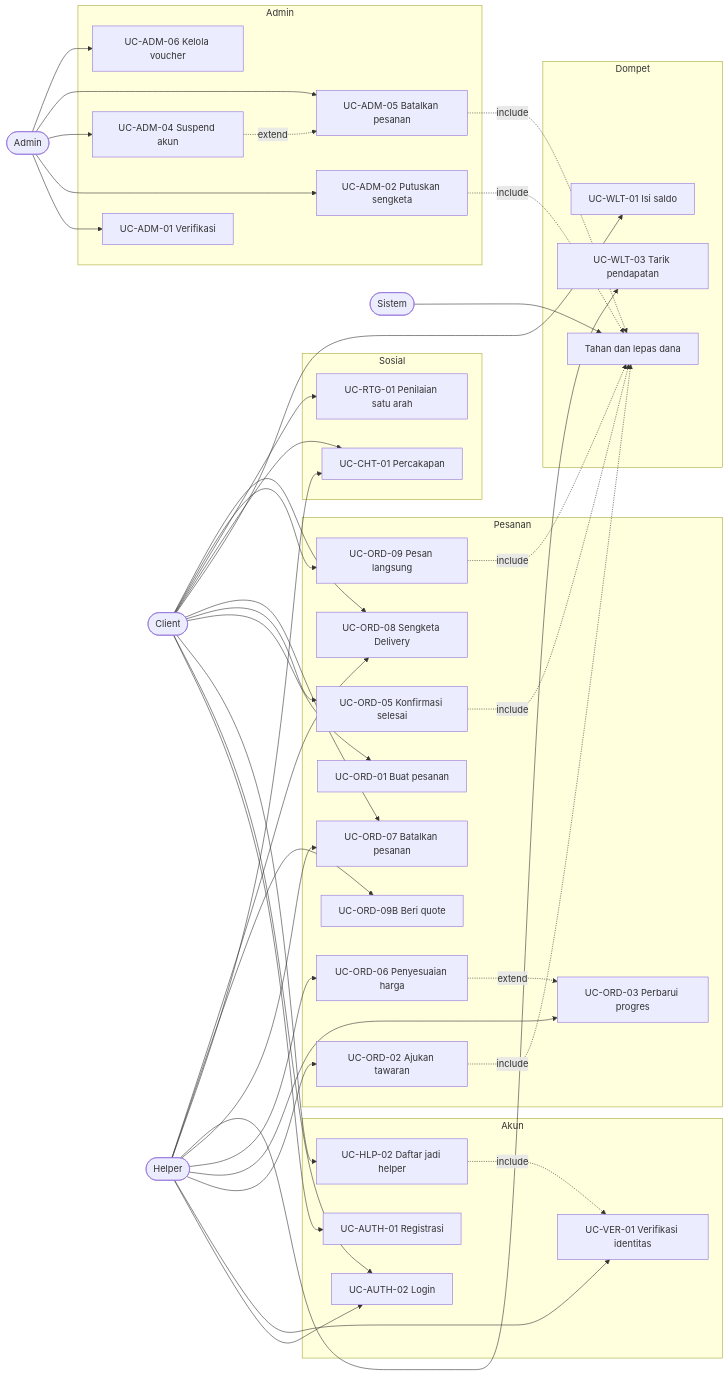
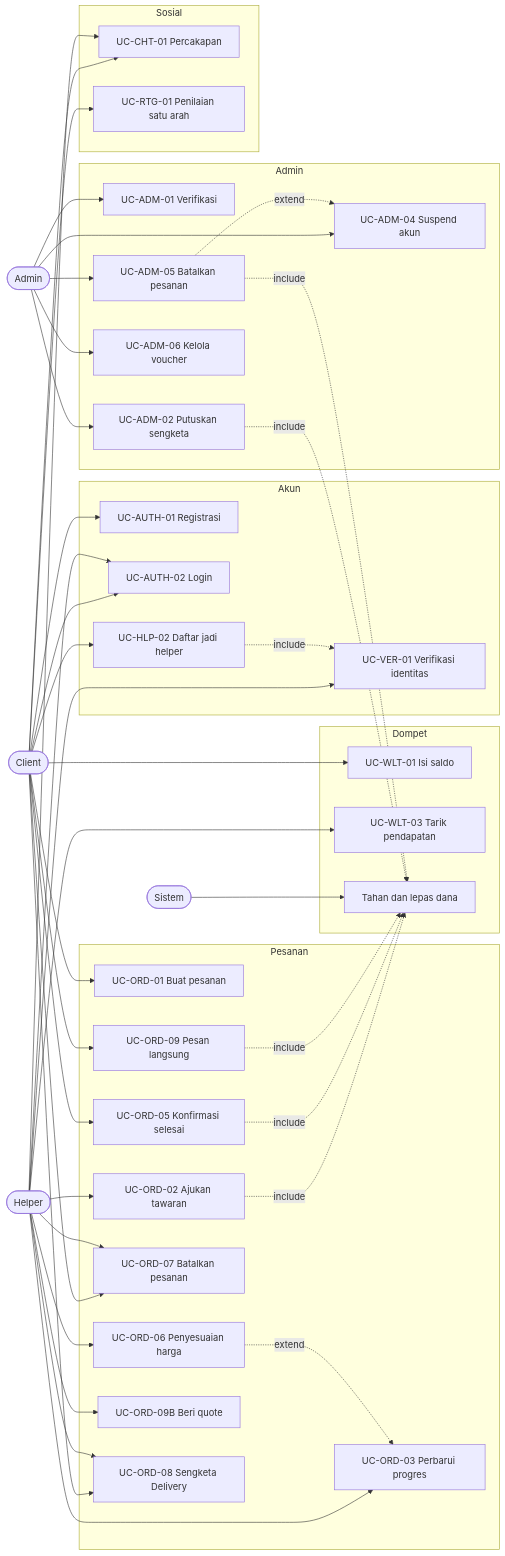
One commit to Davi-ARD/tolongindong-docs changed the diagram in 03_use-case-inventory.md. Above: the diagram before and after it, drawn with Mermaid. The commit also changed other lines of this file and 14 other files, not shown here.

Commit message:
docs: tambah draf use case dan activity diagram (13), koreksi arah extend admin di 03

````diff
--- a/03_use-case-inventory.md
+++ b/03_use-case-inventory.md
@@ -52,58 +52,58 @@
 ```mermaid
 flowchart LR
     C(["Client"])
     H(["Helper"])
     S(["Sistem"])
     A(["Admin"])
 
     subgraph Akun
         UC1["UC-AUTH-01 Registrasi"]
         UC2["UC-AUTH-02 Login"]
         UC3["UC-HLP-02 Daftar jadi helper"]
         UC4["UC-VER-01 Verifikasi identitas"]
     end
 
     subgraph Pesanan
         UC5["UC-ORD-01 Buat pesanan"]
         UC6["UC-ORD-02 Ajukan tawaran"]
         UC7["UC-ORD-03 Perbarui progres"]
         UC8["UC-ORD-05 Konfirmasi selesai"]
         UC9["UC-ORD-06 Penyesuaian harga"]
         UC10["UC-ORD-07 Batalkan pesanan"]
         UC16["UC-ORD-09 Pesan langsung"]
         UC17["UC-ORD-09B Beri quote"]
         UC18["UC-ORD-08 Sengketa Delivery"]
     end
 
     subgraph Admin
         UC19["UC-ADM-01 Verifikasi"]
         UC20["UC-ADM-02 Putuskan sengketa"]
         UC21["UC-ADM-04 Suspend akun"]
         UC22["UC-ADM-05 Batalkan pesanan"]
         UC23["UC-ADM-06 Kelola voucher"]
     end
 
     subgraph Dompet
         UC11["UC-WLT-01 Isi saldo"]
         UC12["UC-WLT-03 Tarik pendapatan"]
         UC13["Tahan dan lepas dana"]
     end
 
     subgraph Sosial
         UC14["UC-CHT-01 Percakapan"]
         UC15["UC-RTG-01 Penilaian satu arah"]
     end
 
     C --> UC1 & UC2 & UC3 & UC5 & UC8 & UC10 & UC11 & UC14 & UC15 & UC16 & UC18
     H --> UC2 & UC4 & UC6 & UC7 & UC9 & UC10 & UC12 & UC14 & UC17 & UC18
     S --> UC13
     A --> UC19 & UC20 & UC21 & UC22 & UC23
     UC3 -.include.-> UC4
     UC6 -.include.-> UC13
     UC8 -.include.-> UC13
     UC9 -.extend.-> UC7
     UC16 -.include.-> UC13
     UC20 -.include.-> UC13
     UC22 -.include.-> UC13
-    UC21 -.extend.-> UC22
+    UC22 -.extend.-> UC21
 ```
````
